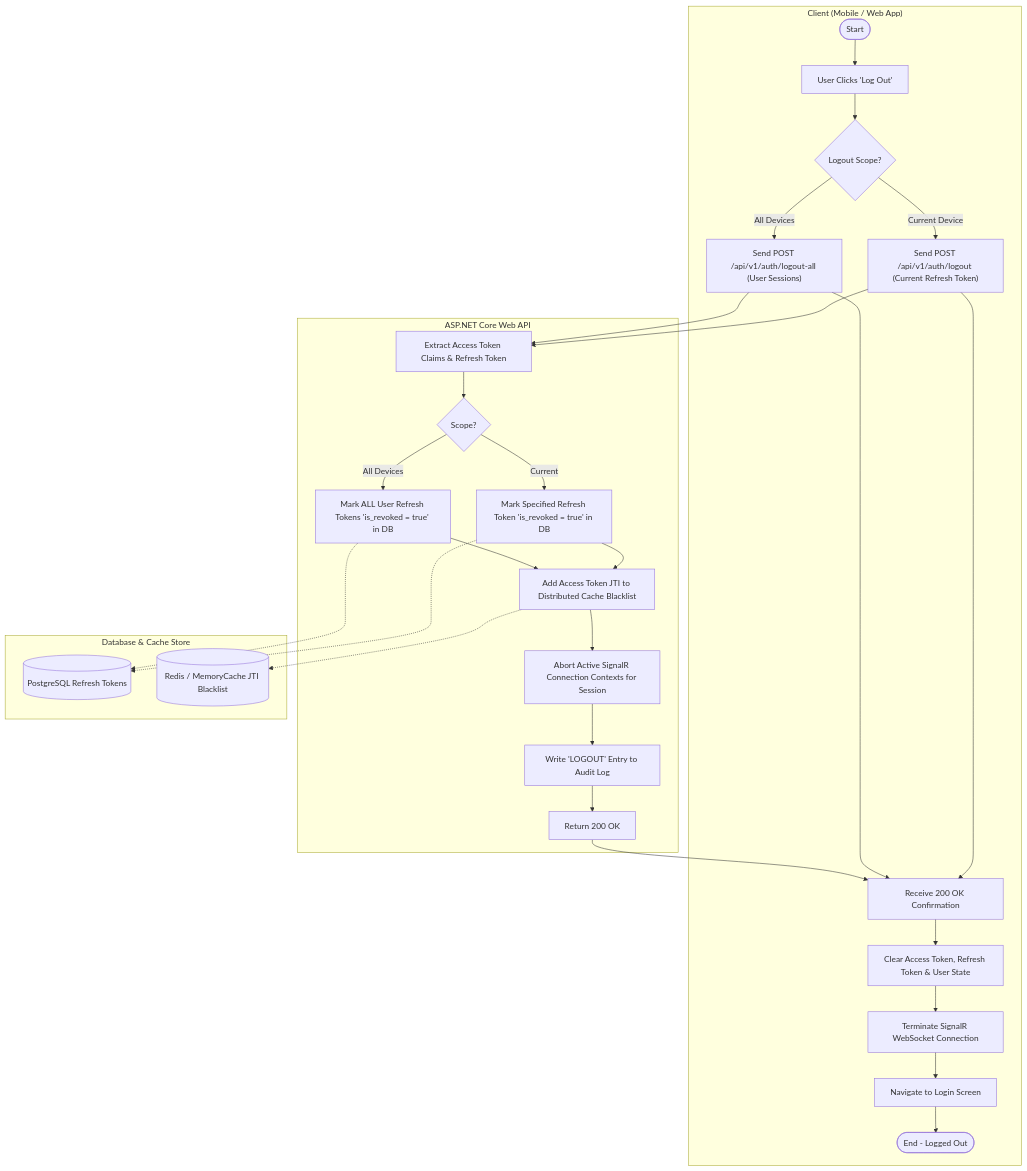
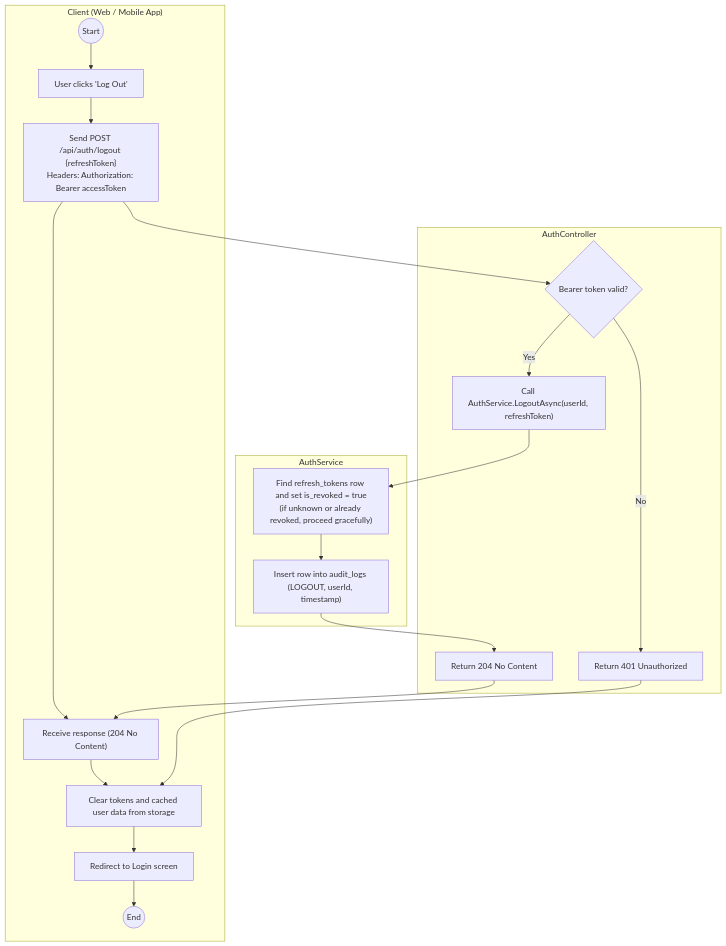
The third of 4 diagrams in docs/design/activity-auth-and-profile.md (nguyentuio1/learning_app), drawn with Mermaid before and after one commit. The commit also changed other lines of this file and 3 other files, not shown here.

Commit message:
LA-194: Fix Mermaid syntax, align with auth API contract and remove out-of-scope doc (LA-213, LA-214, LA-215)

````diff
--- a/docs/design/activity-auth-and-profile.md
+++ b/docs/design/activity-auth-and-profile.md
@@ -239,40 +191,26 @@
 ```mermaid
-flowchart TD
-    subgraph ClientLane["Client (Mobile / Web App)"]
-        LO_Start([Start]) --> LO_ClickLogout["User Clicks 'Log Out'"]
-        LO_ClickLogout --> LO_Option{"Logout Scope?"}
-        LO_Option -->|Current Device| LO_SendCurrent["Send POST /api/v1/auth/logout (Current Refresh Token)"]
-        LO_Option -->|All Devices| LO_SendAll["Send POST /api/v1/auth/logout-all (User Sessions)"]
-        
-        LO_SendCurrent --> LO_AwaitResp
-        LO_SendAll --> LO_AwaitResp
-        
-        LO_AwaitResp["Receive 200 OK Confirmation"] --> LO_ClearStorage["Clear Access Token, Refresh Token & User State"]
-        LO_ClearStorage --> LO_DisconnectWS["Terminate SignalR WebSocket Connection"]
-        LO_DisconnectWS --> LO_Redirect["Navigate to Login Screen"] --> LO_End([End - Logged Out])
+flowchart TB
+    subgraph ClientLane["Client (Web / Mobile App)"]
+        LO_Start((Start)) --> LO_Click["User clicks 'Log Out'"]
+        LO_Click --> LO_SendReq["Send POST /api/auth/logout {refreshToken}<br/>Headers: Authorization: Bearer accessToken"]
+        LO_AwaitResp["Receive response (204 No Content)"]
+        LO_SendReq --> LO_AwaitResp
+        LO_AwaitResp --> LO_Clear["Clear tokens and cached user data from storage"]
+        LO_Clear --> LO_Redirect["Redirect to Login screen"] --> LO_End((End))
     end
 
-    subgraph AuthAPILane["ASP.NET Core Web API"]
-        LO_SendCurrent --> S_ValidateReq["Extract Access Token Claims & Refresh Token"]
-        LO_SendAll --> S_ValidateReq
-        
-        S_ValidateReq --> S_CheckScope{"Scope?"}
-        
-        S_CheckScope -->|Current| S_RevokeSingle["Mark Specified Refresh Token 'is_revoked = true' in DB"]
-        S_CheckScope -->|All Devices| S_RevokeAll["Mark ALL User Refresh Tokens 'is_revoked = true' in DB"]
-
-        S_RevokeSingle --> S_BlacklistJTI["Add Access Token JTI to Distributed Cache Blacklist"]
-        S_RevokeAll --> S_BlacklistJTI
-
-        S_BlacklistJTI --> S_AbortSignalR["Abort Active SignalR Connection Contexts for Session"]
-        S_AbortSignalR --> S_WriteAudit["Write 'LOGOUT' Entry to Audit Log"]
-        S_WriteAudit --> S_Return200["Return 200 OK"]
-        S_Return200 --> LO_AwaitResp
+    subgraph ControllerLane["AuthController"]
+        LO_SendReq --> C_AuthValid{"Bearer token valid?"}
+        C_AuthValid -->|No| C_LO401["Return 401 Unauthorized"]
+        C_LO401 --> LO_Clear
+        C_AuthValid -->|Yes| C_CallLogout["Call AuthService.LogoutAsync(userId, refreshToken)"]
+        C_Return204["Return 204 No Content"]
+        C_Return204 --> LO_AwaitResp
     end
 
-    subgraph StorageLane["Database & Cache Store"]
-        S_RevokeSingle -.-> DB_Refresh[(PostgreSQL Refresh Tokens)]
-        S_RevokeAll -.-> DB_Refresh
-        S_BlacklistJTI -.-> Cache_Blacklist[(Redis / MemoryCache JTI Blacklist)]
+    subgraph ServiceLane["AuthService"]
+        C_CallLogout --> S_Revoke["Find refresh_tokens row and set is_revoked = true<br/>(if unknown or already revoked, proceed gracefully)"]
+        S_Revoke --> S_WriteAudit["Insert row into audit_logs (LOGOUT, userId, timestamp)"]
+        S_WriteAudit --> C_Return204
     end
 ```
````
